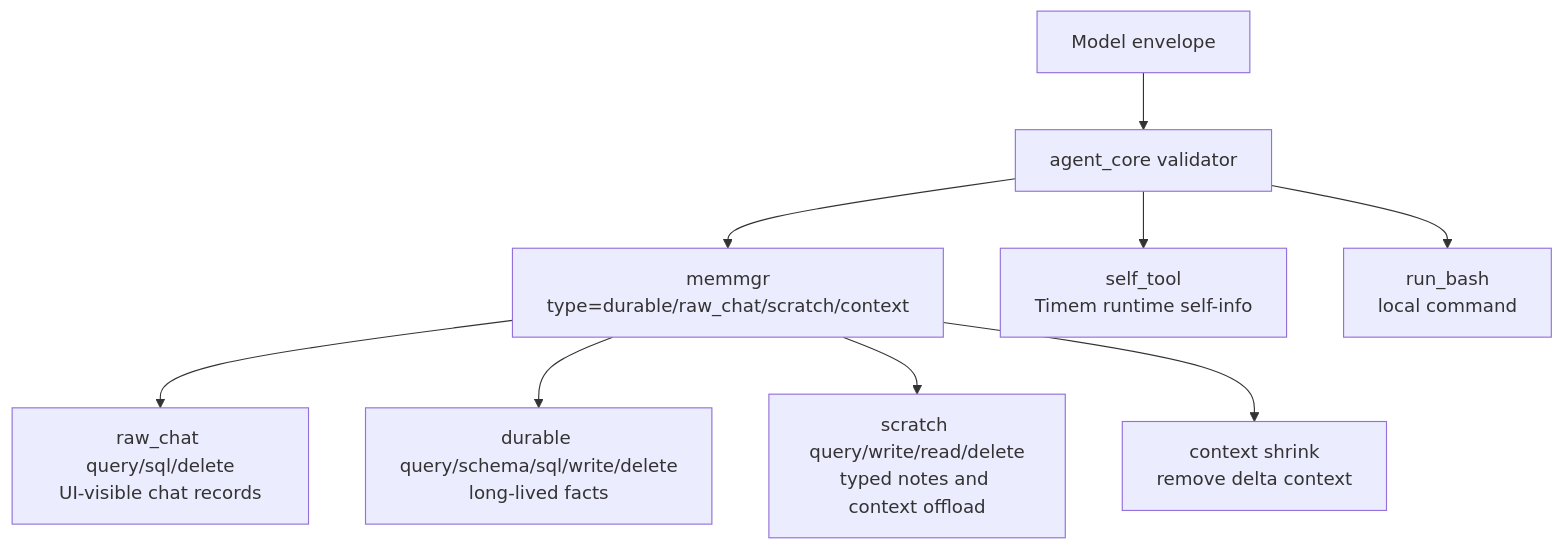
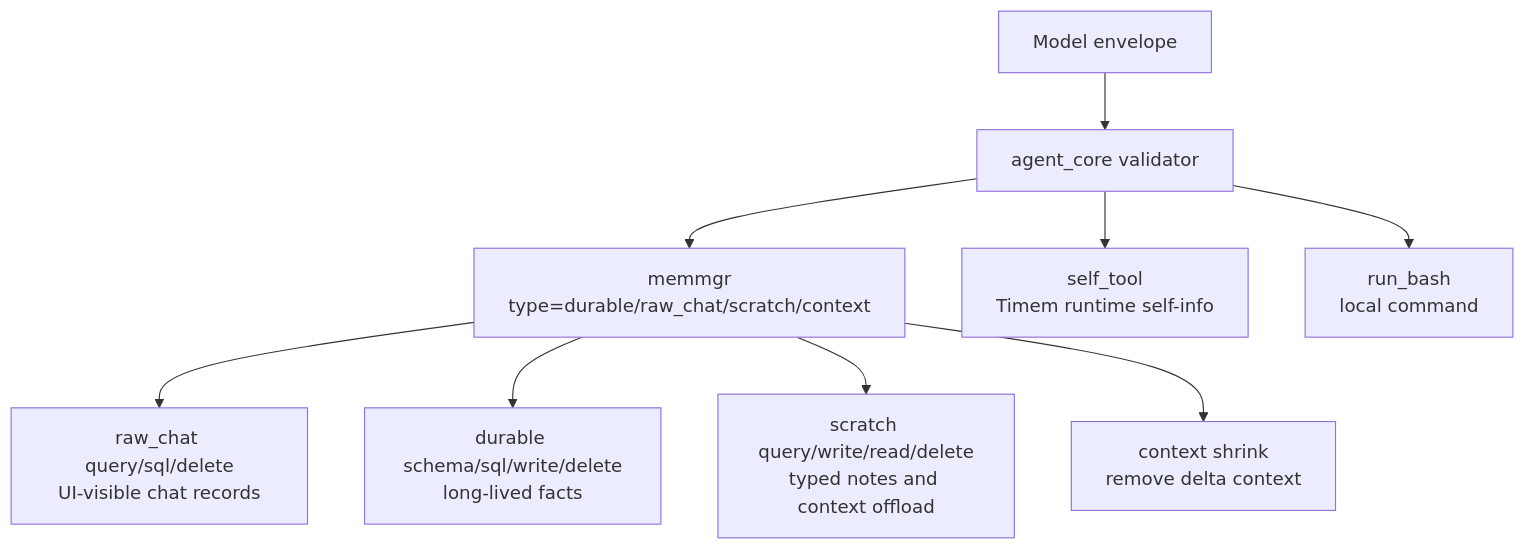
Before and after one commit to moliam/TimemAi: the fourth of 4 diagrams in docs/architecture.md, drawn with Mermaid. The commit also changed other lines of this file and 23 other files, not shown here.

Commit message:
feat(core): sync prompt identity and memory SQL surface

````diff
--- a/docs/architecture.md
+++ b/docs/architecture.md
@@ -904,11 +906,11 @@
 ```mermaid
 flowchart TB
     Model["Model envelope"] --> Core["agent_core validator"]
     Core --> Memmgr["memmgr\ntype=durable/raw_chat/scratch/context"]
     Memmgr --> Chat["raw_chat query/sql/delete\nUI-visible chat records"]
-    Memmgr --> Memory["durable query/schema/sql/write/delete\nlong-lived facts"]
+    Memmgr --> Memory["durable schema/sql/write/delete\nlong-lived facts"]
     Memmgr --> Scratch["scratch query/write/read/delete\ntyped notes and context offload"]
     Memmgr --> Shrink["context shrink\nremove delta context"]
     Core --> SelfTool["self_tool\nTimem runtime self-info"]
     Core --> Bash["run_bash\nlocal command"]
 ```
````
